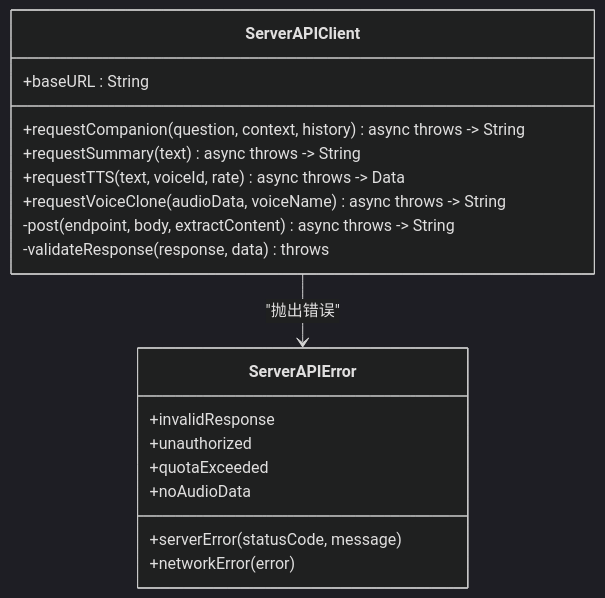
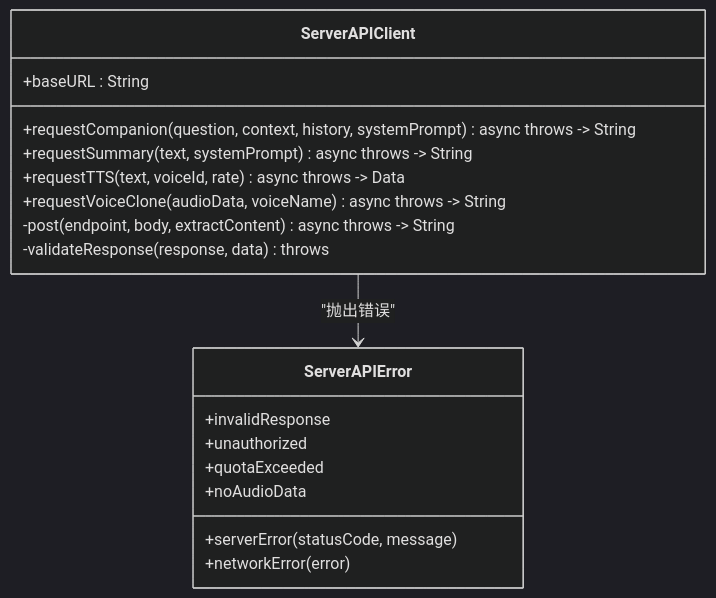
Before and after one commit to Primoguo/VoiceReader: the fifth of 12 diagrams in .qoder/repowiki/zh/content/核心功能模块/AI 伴读对话功能.md, drawn with Mermaid (dark theme). The commit also changed other lines of this file and 92 other files, not shown here.

````diff
--- a/.qoder/repowiki/zh/content/核心功能模块/AI 伴读对话功能.md
+++ b/.qoder/repowiki/zh/content/核心功能模块/AI 伴读对话功能.md
@@ -205,21 +289,21 @@
 ```mermaid
 classDiagram
 class ServerAPIClient {
 +baseURL : String
-+requestCompanion(question, context, history) async throws -> String
-+requestSummary(text) async throws -> String
++requestCompanion(question, context, history, systemPrompt) async throws -> String
++requestSummary(text, systemPrompt) async throws -> String
 +requestTTS(text, voiceId, rate) async throws -> Data
 +requestVoiceClone(audioData, voiceName) async throws -> String
 -post(endpoint, body, extractContent) async throws -> String
 -validateResponse(response, data) throws
 }
 class ServerAPIError {
 +invalidResponse
 +unauthorized
 +quotaExceeded
 +noAudioData
 +serverError(statusCode, message)
 +networkError(error)
 }
 ServerAPIClient --> ServerAPIError : "抛出错误"
 ```
````
